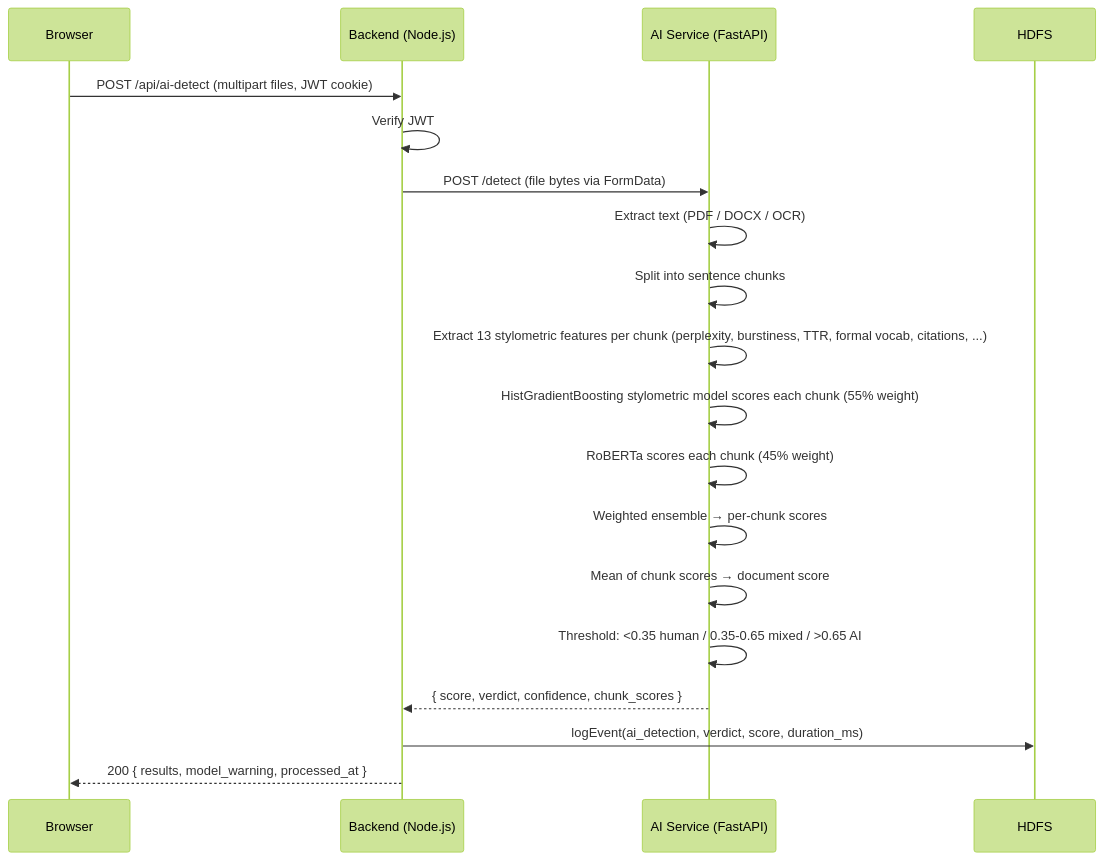
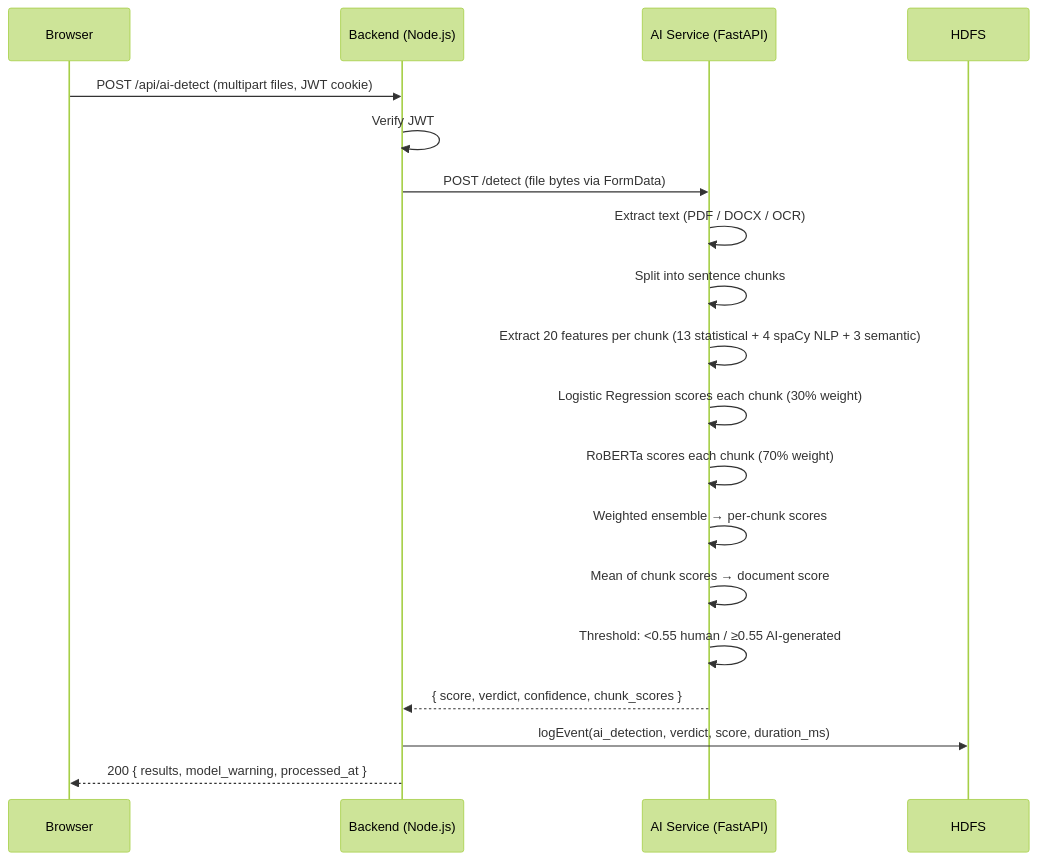
One commit to securitywithhem/vaultiq changed the third of 10 diagrams in README.md. Above: the diagram before and after it, drawn with Mermaid (forest theme). The commit also changed other lines of this file, not shown here.

First line of the commit message:
docs: update README with current model architecture and retraining results

````diff
--- a/README.md
+++ b/README.md
@@ -249,21 +250,21 @@
 ```mermaid
 sequenceDiagram
     participant U as Browser
     participant B as Backend (Node.js)
     participant AI as AI Service (FastAPI)
 
     U->>B: POST /api/ai-detect (multipart files, JWT cookie)
     B->>B: Verify JWT
     B->>AI: POST /detect (file bytes via FormData)
     AI->>AI: Extract text (PDF / DOCX / OCR)
     AI->>AI: Split into sentence chunks
-    AI->>AI: Extract 13 stylometric features per chunk (perplexity, burstiness, TTR, formal vocab, citations, ...)
-    AI->>AI: HistGradientBoosting stylometric model scores each chunk (55% weight)
-    AI->>AI: RoBERTa scores each chunk (45% weight)
+    AI->>AI: Extract 20 features per chunk (13 statistical + 4 spaCy NLP + 3 semantic)
+    AI->>AI: Logistic Regression scores each chunk (30% weight)
+    AI->>AI: RoBERTa scores each chunk (70% weight)
     AI->>AI: Weighted ensemble → per-chunk scores
     AI->>AI: Mean of chunk scores → document score
-    AI->>AI: Threshold: <0.35 human / 0.35-0.65 mixed / >0.65 AI
+    AI->>AI: Threshold: <0.55 human / ≥0.55 AI-generated
     AI-->>B: { score, verdict, confidence, chunk_scores }
     B->>HDFS: logEvent(ai_detection, verdict, score, duration_ms)
     B-->>U: 200 { results, model_warning, processed_at }
 ```
````
